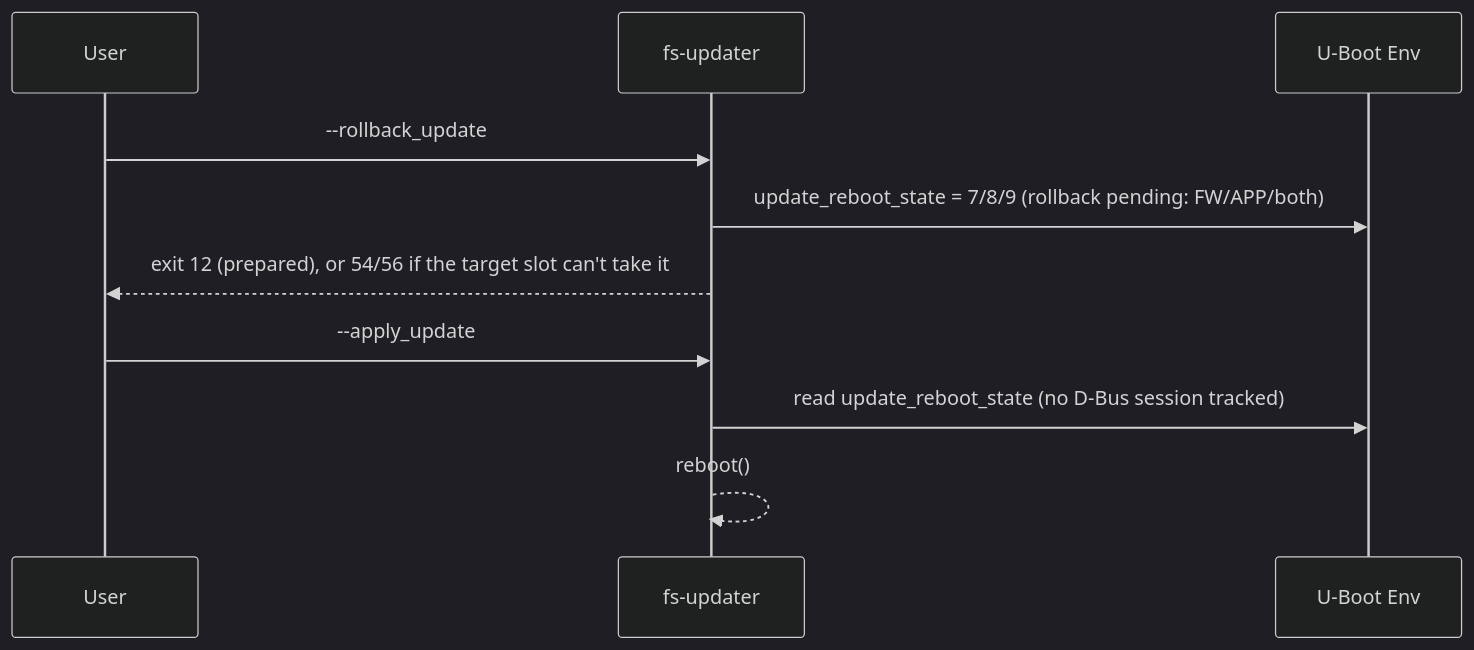
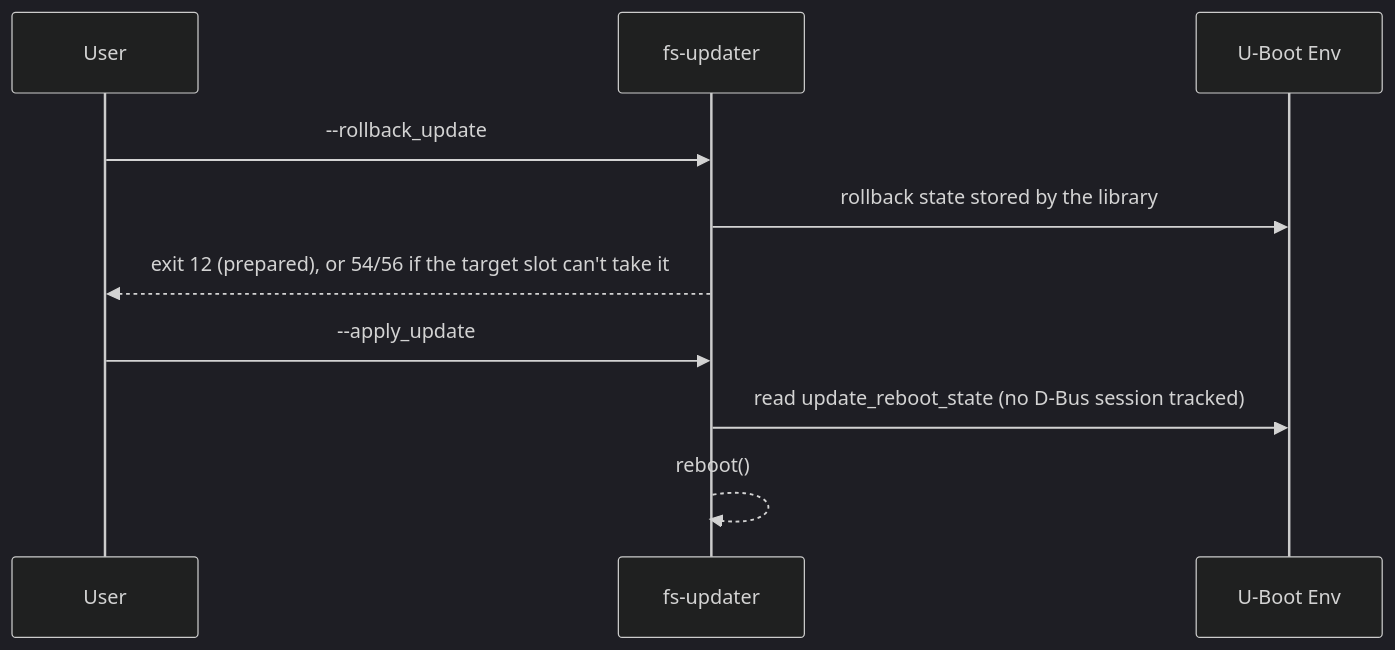
One commit to FSEmbedded/fs-updater-cli changed the third of 3 diagrams in docs/integration/dbus-session-protocol.md. Above: the diagram before and after it, drawn with Mermaid (dark theme). The commit also changed other lines of this file and 1 other file, not shown here.

First line of the commit message:
docs: link the library's variable and version reference instead of restating it

````diff
--- a/docs/integration/dbus-session-protocol.md
+++ b/docs/integration/dbus-session-protocol.md
@@ -120,14 +120,14 @@
 ```mermaid
 sequenceDiagram
     participant User
     participant CLI as fs-updater
     participant UB as U-Boot Env
 
     User->>CLI: --rollback_update
-    CLI->>UB: update_reboot_state = 7/8/9 (rollback pending: FW/APP/both)
+    CLI->>UB: rollback state stored by the library
     CLI-->>User: exit 12 (prepared), or 54/56 if the target slot can't take it
 
     User->>CLI: --apply_update
     CLI->>UB: read update_reboot_state (no D-Bus session tracked)
     CLI-->>CLI: reboot()
 ```
````
